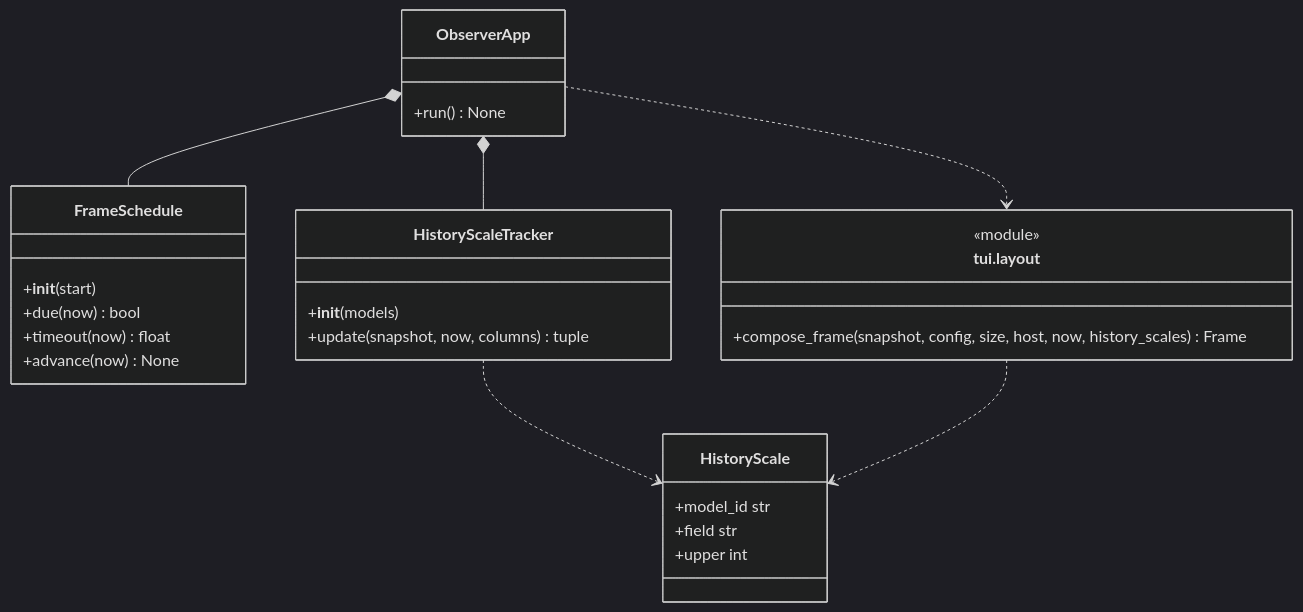
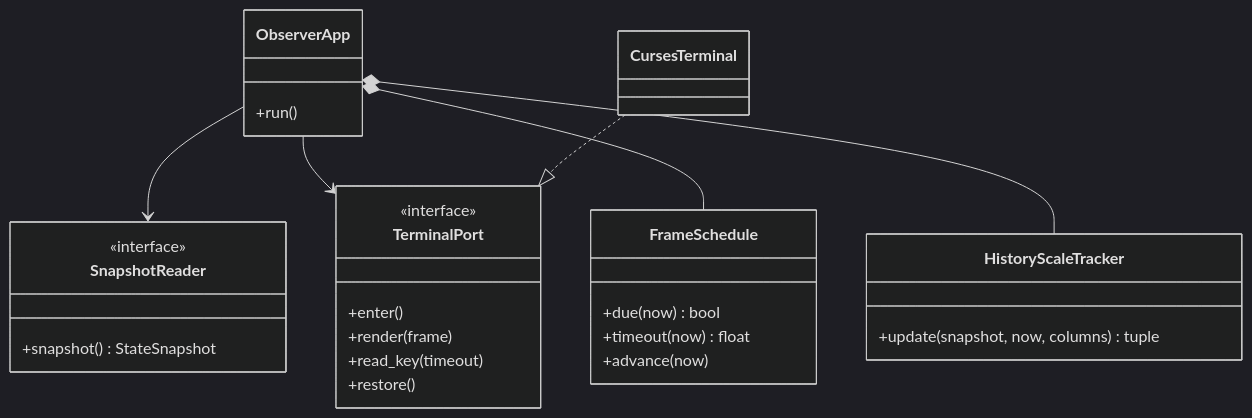
The first of 2 diagrams in docs/design/application-shell.md (shawnluxyRE/joi-observer), drawn with Mermaid (dark theme) before and after one commit. The commit also changed other lines of this file and 110 other files, not shown here.

First line of the commit message:
<feat> Run host collection as a service and stream snapshots to the TUI (REQ-001)

````diff
--- a/docs/design/application-shell.md
+++ b/docs/design/application-shell.md
@@ -99,30 +34,31 @@
 ```mermaid
 classDiagram
     class ObserverApp {
-        +run() None
+        +run()
     }
+    class SnapshotReader {
+        <<interface>>
+        +snapshot() StateSnapshot
+    }
+    class TerminalPort {
+        <<interface>>
+        +enter()
+        +render(frame)
+        +read_key(timeout)
+        +restore()
+    }
+    class CursesTerminal
     class FrameSchedule {
-        +__init__(start)
         +due(now) bool
         +timeout(now) float
-        +advance(now) None
+        +advance(now)
     }
     class HistoryScaleTracker {
-        +__init__(models)
         +update(snapshot, now, columns) tuple
     }
-    class HistoryScale {
-        +model_id str
-        +field str
-        +upper int
-    }
-    class Layout["tui.layout"] {
-        <<module>>
-        +compose_frame(snapshot, config, size, host, now, history_scales) Frame
-    }
+    ObserverApp --> SnapshotReader
+    ObserverApp --> TerminalPort
     ObserverApp *-- FrameSchedule
     ObserverApp *-- HistoryScaleTracker
-    ObserverApp ..> Layout
-    HistoryScaleTracker ..> HistoryScale
-    Layout ..> HistoryScale
+    CursesTerminal ..|> TerminalPort
 ```
````
